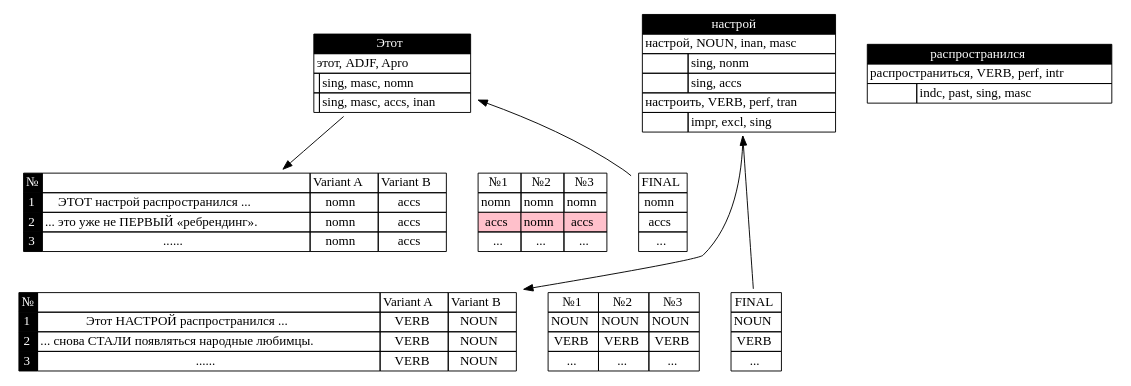
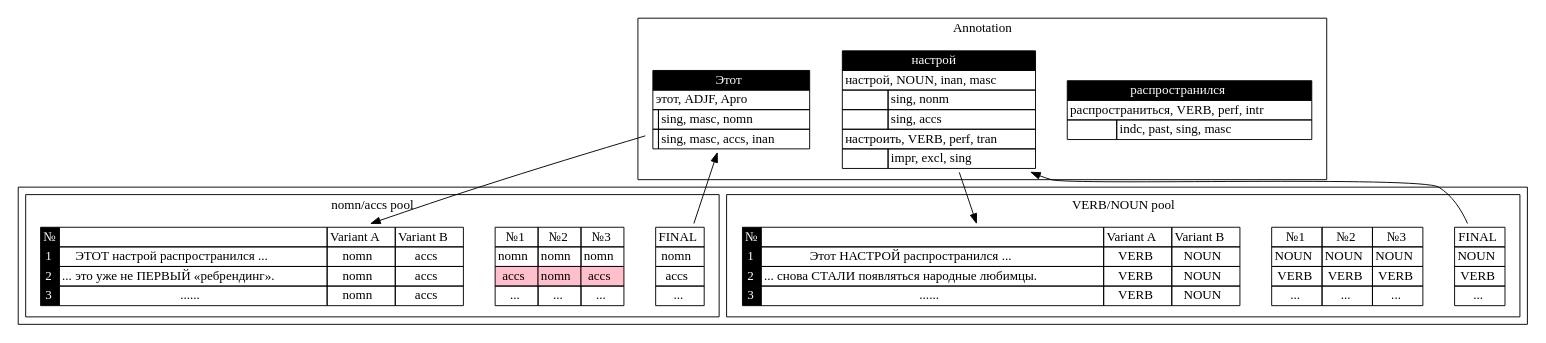
One commit to OpenCorpora/opencorpora changed the diagram in doc/presentations/img/annotation-lifecycle.dot. Above: the diagram before and after it, drawn with Graphviz. The commit also changed 1 other file, not shown here.

```diff
--- a/doc/presentations/img/annotation-lifecycle.dot
+++ b/doc/presentations/img/annotation-lifecycle.dot
@@ -1,9 +1,13 @@
-/*17575 радиан - центральный угол&&,&& _&соответствующий&_ дуге, длина которой равна ее радиусу*/
-digraph t17575 {
+digraph G {
 
-subgraph {
-  rank=same;
+subgraph cluster_1 {
+  label = "Annotation";
+
+  subgraph C1 {
+  rank = same;
+  //rankdir="LR";
   edge [style="invis"];
+ 
   W1 [shape=none, label=<
   <table border="0" cellborder="1" cellspacing="0">
     <tr><td colspan="2" bgcolor="black"><font color="white">Этот</font></td></tr>
@@ -29,14 +33,21 @@
     <tr><td></td><td align="left">indc, past, sing, masc</td></tr>
   </table>>];
 
+  W1 -> W2 -> W3;
+  }
 }
 
-subgraph {
-subgraph {
-  rank=same;
-  edge [style="invis"];
+subgraph cluster_4 {
+rankdir="TB";
 
-  T1 [shape=none, label=<
+subgraph cluster_2 {
+ label = "nomn/accs pool";
+
+ subgraph C2 {
+ rank=same;
+ edge [style="invis"];
+
+ T1 [shape=none, label=<
   <table border="0" cellborder="1" cellspacing="0">
     <tr><td bgcolor="black"><font color="white">№</font></td>
     <td></td>
@@ -67,11 +78,18 @@
     <tr><td>nomn</td></tr>
     <tr><td>accs</td></tr>
     <tr><td>...</td></tr>
-  </table>>];  
+  </table>>]; 
 
+  T1 -> M1 -> D1; 
+  }
 } 
 
-subgraph {
+
+subgraph cluster_3 {
+
+  label = "VERB/NOUN pool";
+
+  subgraph C3 {
   rank=same;
   edge [style="invis"];
 
@@ -108,124 +126,35 @@
     <tr><td>...</td></tr>
   </table>>];  
 
+  T2 -> M2 -> D2;
+  }
+
 }
 }
 
-subgraph {
-  edge [style="invis"];
-  T1 -> T2
+W1 -> T1;
+W2 -> T2;
+
+D1 -> W1;
+D2 -> W2;
+
+//T1 -> T2;
+
+/*subgraph {
+  edge [style="invis"];*/
+/*  T1 -> T2
   T1 -> M1
   T2 -> M2
   M1 -> D1
-  M2 -> D2
-}
+  M2 -> D2*/
+//}
 
-subgraph {
-  W1 -> T1
+/*subgraph {*/
+/*  W1 -> T1
   W2 -> T2
 
   D1 -> W1
-  D2 -> W2
-}
-
-/*
-subgraph {
-  rank=same; 
-  edge [style="invis"];
-  R1 [shape=box, label="Я"];
-  R2 [shape=box, label="занимаюсь"];
-  R3 [shape=box, label="чёрт"];
-  R4 [shape=box, label="знает"];
-  R5 [shape=box, label="чем"];
-  R6 [shape=box, label="."];
-  R1->R2->R3->R4->R5->R6;
-} */
-
-/*
-subgraph {
-  node [shape=box];
-  W1 [shape=none, label=<
-    <table border="0" cellborder="1" cellspacing="0">
-<!--    <tr><td colspan="2" bgcolor="black"><font color="white">W1</font></td></tr> -->
-    <tr><td colspan="2" bgcolor="lightgray">Я</td></tr>
-    <tr><td align="left">type</td><td align="left">Word</td></tr>
-    <tr><td align="left">POST</td><td align="left">NPRO</td></tr>
-    <tr><td align="left">PErs</td><td align="left">1per</td></tr>
-    <tr><td align="left">NMbr</td><td align="left">sing</td></tr>
-    <tr><td align="left">CAse</td><td align="left">nomn</td></tr>
-    </table>>];
-  W2 [shape=none, label=<
-    <table border="0" cellborder="1" cellspacing="0">
-<!--    <tr><td colspan="2" bgcolor="black"><font color="white">W2</font></td></tr> -->
-    <tr><td colspan="2" bgcolor="lightgray">занимаюсь</td></tr>
-    <tr><td align="left">type</td><td align="left">Word</td></tr>
-    <tr><td align="left">POST</td><td align="left">VERB</td></tr>
-    <tr><td align="left">ASpc</td><td align="left">impf</td></tr>
-    <tr><td align="left">TRns</td><td align="left">intr</td></tr>
-    <tr><td align="left">MOod</td><td align="left">indc</td></tr>
-    <tr><td align="left">TEns</td><td align="left">pres</td></tr>
-    <tr><td align="left">NMbr</td><td align="left">sing</td></tr>
-    <tr><td align="left">PErs</td><td align="left">1per</td></tr>
-    </table>>];
-  W3 [shape=none, label=<
-    <table border="0" cellborder="1" cellspacing="0">
-<!--    <tr><td colspan="2" bgcolor="black"><font color="white">W3</font></td></tr> -->
-    <tr><td colspan="2" bgcolor="lightgray">чёрт</td></tr>
-    <tr><td align="left">type</td><td align="left">Word</td></tr>
-    <tr><td align="left">POST</td><td align="left">NOUN</td></tr>
-    <tr><td align="left">ANim</td><td align="left">anim</td></tr>
-    <tr><td align="left">GNdr</td><td align="left">masc</td></tr>
-    <tr><td align="left">NMbr</td><td align="left">sing</td></tr>
-    <tr><td align="left">CAse</td><td align="left">nomn</td></tr>
-    </table>>];
-  W4 [shape=none, label=<
-    <table border="0" cellborder="1" cellspacing="0">
-<!--    <tr><td colspan="2" bgcolor="black"><font color="white">W4</font></td></tr> -->
-    <tr><td colspan="2" bgcolor="lightgray">знаю</td></tr>
-    <tr><td align="left">type</td><td align="left">Word</td></tr>
-    <tr><td align="left">POST</td><td align="left">VERB</td></tr>
-    <tr><td align="left">ASpc</td><td align="left">impf</td></tr>
-    <tr><td align="left">TRns</td><td align="left">tran</td></tr>
-    <tr><td align="left">MOod</td><td align="left">indc</td></tr>
-    <tr><td align="left">TEns</td><td align="left">pres</td></tr>
-    <tr><td align="left">NMbr</td><td align="left">sing</td></tr>
-    <tr><td align="left">PErs</td><td align="left">3per</td></tr>
-    </table>>];
-  W5 [shape=none, label=<
-    <table border="0" cellborder="1" cellspacing="0">
-<!--    <tr><td colspan="2" bgcolor="black"><font color="white">W5</font></td></tr> -->
-    <tr><td colspan="2" bgcolor="lightgray">что</td></tr>
-    <tr><td align="left">type</td><td align="left">Word</td></tr>
-    <tr><td align="left">POST</td><td align="left">NPRO</td></tr>
-    <tr><td align="left">GNdr</td><td align="left">neut</td></tr>
-    <tr><td align="left">NMbr</td><td align="left">sing</td></tr>
-    <tr><td align="left">CAse</td><td align="left">ablt</td></tr>
-    </table>>];
-  W6 [shape=none, label=<
-    <table border="0" cellborder="1" cellspacing="0">
-<!--    <tr><td colspan="2" bgcolor="black"><font color="white">W6</font></td></tr> -->
-    <tr><td colspan="2" bgcolor="lightgray">.</td></tr>
-    <tr><td align="left">type</td><td align="left">Pnct</td></tr>
-    </table>>];
-}
-
-subgraph {
-  edge [style="dotted"];
-  W1 -> R1;
-  W2 -> R2;
-  W3 -> R3;
-  W4 -> R4;
-  W5 -> R5;
-  W6 -> R6;
-}
-
-subgraph {
-  edge [weight="1"];
-  W2 -> W1;
-  W2 -> W4;
-
-  W4 -> W3;
-  W4 -> W5;
-} */
+  D2 -> W2*/
+//}
 
 } 
```
